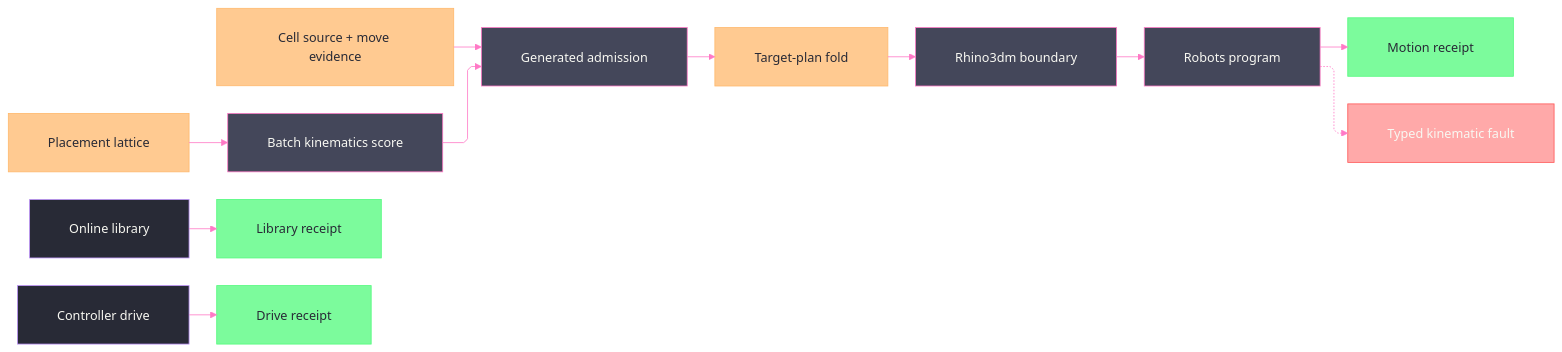
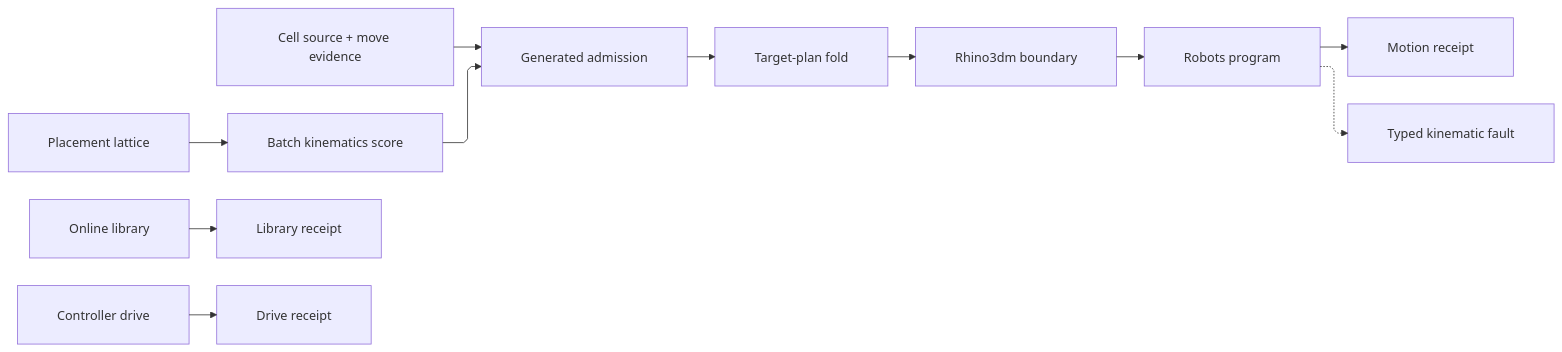
One commit to bsamiee/Rasm changed the diagram in libs/csharp/Rasm.Fabrication/.planning/Kinematics/cell.md. Above: the diagram before and after it, drawn with Mermaid. The commit also changed 324 other files, not shown here.

````diff
--- a/libs/csharp/Rasm.Fabrication/.planning/Kinematics/cell.md
+++ b/libs/csharp/Rasm.Fabrication/.planning/Kinematics/cell.md
@@ -707,48 +707,22 @@
 ```mermaid
 ---
 config:
-  theme: base
-  look: classic
   layout: elk
   flowchart:
     curve: linear
     padding: 25
-  themeVariables:
-    darkMode: true
-    fontFamily: "SF Mono, Menlo, Cascadia Mono, Segoe UI Mono, Consolas, monospace"
-    useGradient: false
-    dropShadow: "none"
-    background: "#282A36"
-    primaryColor: "#44475A"
-    primaryTextColor: "#F8F8F2"
-    primaryBorderColor: "#BD93F9"
-    lineColor: "#FF79C6"
-    textColor: "#F8F8F2"
-    edgeLabelBackground: "#21222C"
-    labelBackgroundColor: "#21222C"
-  themeCSS: ".nodeLabel{font-size:13px;font-weight:500}.edgeLabel{font-size:12px;font-weight:500}.cluster-label .nodeLabel{font-size:13.5px;font-weight:700;letter-spacing:.08em}.edge-thickness-normal{stroke-width:2px}.edge-thickness-thick{stroke-width:3px}.edge-pattern-dashed,.edge-pattern-dotted{stroke-width:1.5px;stroke-dasharray:4 6}.node rect,.node circle,.node polygon,.node path,.node .outer-path{stroke-width:1.5px;filter:none!important}.cluster rect{stroke-width:1px!important;stroke-dasharray:5 4!important;filter:none!important}.marker path{transform:scale(.8);transform-origin:5px 5px}.marker circle{transform:scale(.48);transform-origin:5px 5px}.edgeLabel rect{transform-box:fill-box;transform-origin:center;transform:scale(1.1,1.2)}"
 ---
 flowchart LR
     accTitle: Robot-cell lifecycle
     accDescr: Admitted cell identity and move evidence generate Cartesian or joint targets, cross the Rhino3dm boundary once, compile through the Robots program owner, fold provider diagnostics into typed faults, and project the frozen motion receipt while library and controller effects remain separate boundary modalities.
     Raw["Cell source + move evidence"] --> Admit["Generated admission"]
     Search["Placement lattice"] --> Batch["Batch kinematics score"]
     Batch --> Admit
     Admit --> Plan["Target-plan fold"]
     Plan --> Alias["Rhino3dm boundary"]
     Alias --> Program["Robots program"]
     Program --> Motion["Motion receipt"]
     Program -.-> Fault["Typed kinematic fault"]
     Library["Online library"] --> Catalog["Library receipt"]
     Drive["Controller drive"] --> DriveFact["Drive receipt"]
-    classDef primary fill:#44475A,stroke:#FF79C6,color:#F8F8F2
-    classDef success fill:#50FA7BBF,stroke:#50FA7B,color:#282A36
-    classDef data fill:#FFB86CBF,stroke:#FFB86C,color:#282A36
-    classDef boundary fill:#282A36,stroke:#BD93F9,color:#F8F8F2
-    classDef error fill:#FF555580,stroke:#FF5555,color:#F8F8F2
-    class Raw,Plan,Search data
-    class Admit,Alias,Program,Batch primary
-    class Motion,Catalog,DriveFact success
-    class Library,Drive boundary
-    class Fault error
 ```
````
